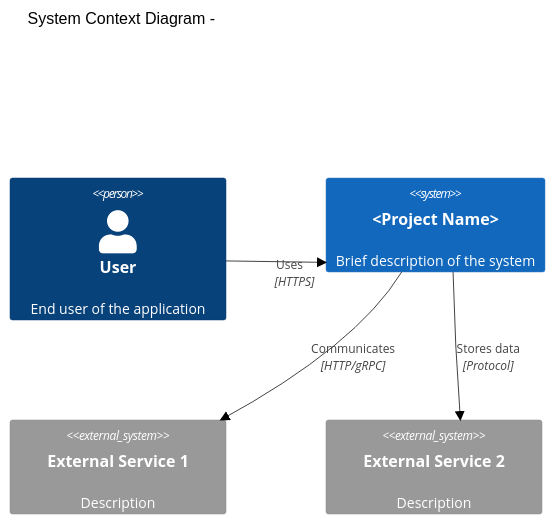
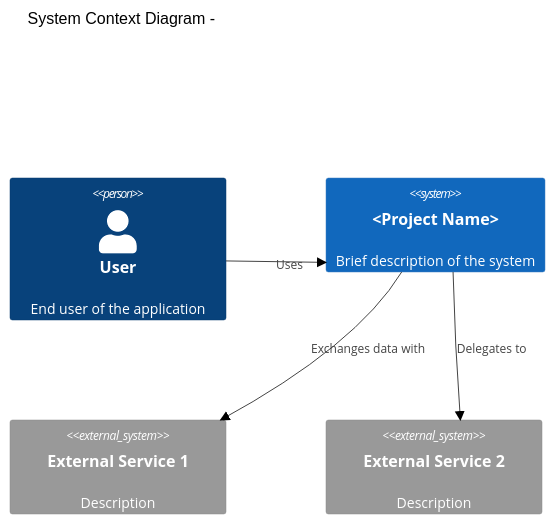
The diagram in dev-docs-plugin/templates/planning/requirements.md (ywj3493/claude-skills), drawn with Mermaid (forest theme) before and after one commit. The commit also changed other lines of this file and 14 other files, not shown here.

````diff
--- a/dev-docs-plugin/templates/planning/requirements.md
+++ b/dev-docs-plugin/templates/planning/requirements.md
@@ -50,15 +47,15 @@
 ```mermaid
 C4Context
     title System Context Diagram - <Project Name>
 
     Person(user, "User", "End user of the application")
     System(system, "<Project Name>", "Brief description of the system")
     System_Ext(ext1, "External Service 1", "Description")
     System_Ext(ext2, "External Service 2", "Description")
 
-    Rel(user, system, "Uses", "HTTPS")
-    Rel(system, ext1, "Communicates", "HTTP/gRPC")
-    Rel(system, ext2, "Stores data", "Protocol")
+    Rel(user, system, "Uses")
+    Rel(system, ext1, "Exchanges data with")
+    Rel(system, ext2, "Delegates to")
 
     UpdateLayoutConfig($c4ShapeInRow="3", $c4BoundaryInRow="1")
 ```
````
